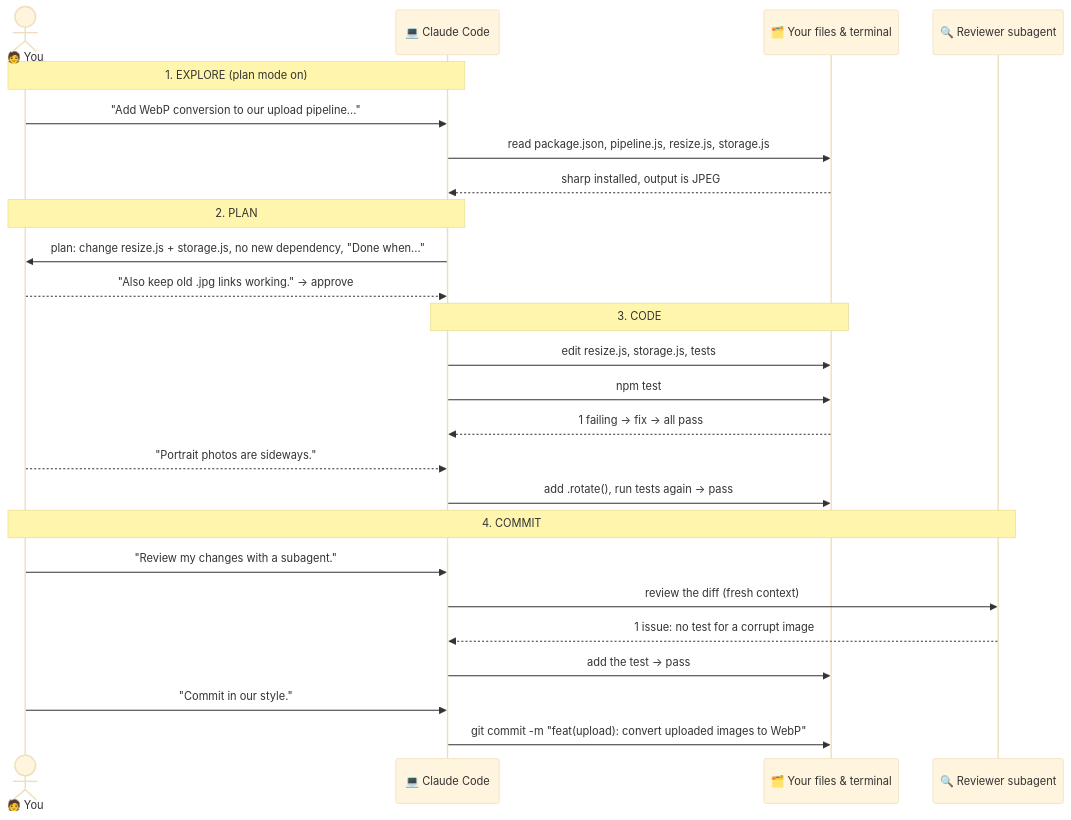
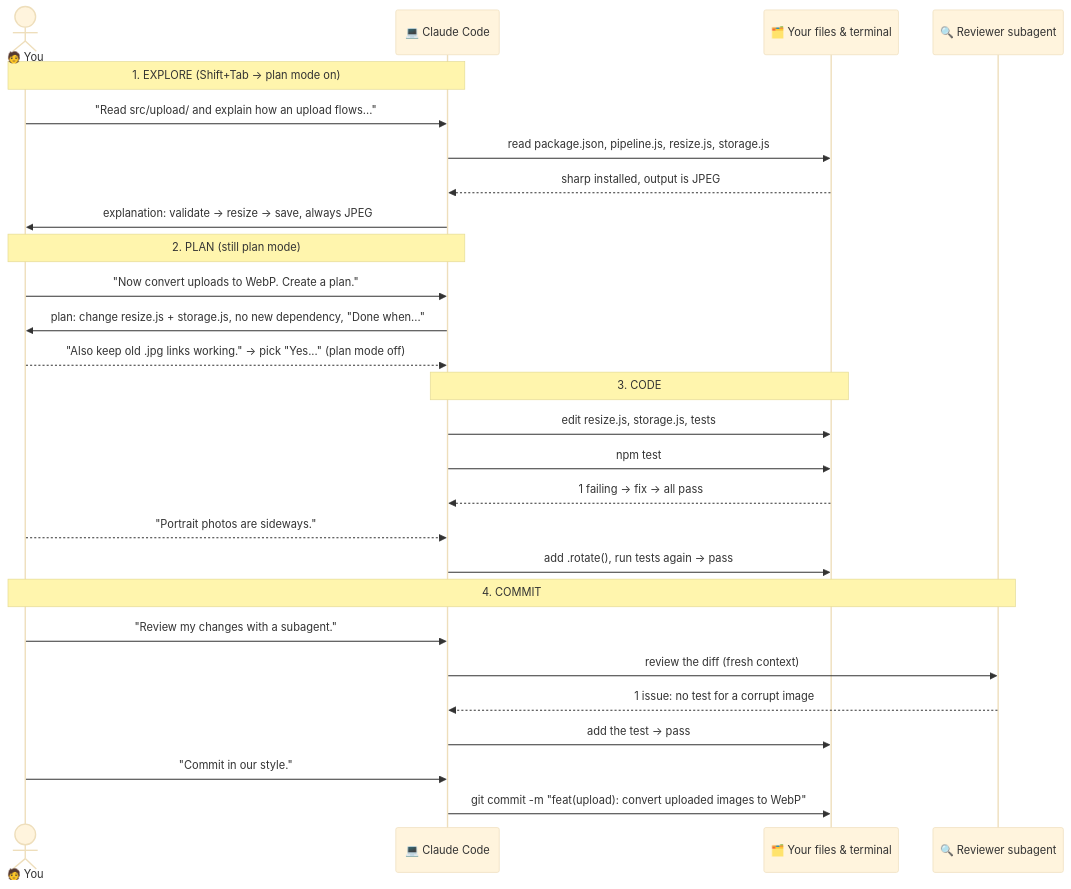
One commit to nirajp82/ClaudeArchitectProfessionalStudyGuide changed the third of 3 diagrams in 01_ClaudeCode101/05-explore-plan-code-commit.md. Above: the diagram before and after it, drawn with Mermaid (base theme). The commit also changed other lines of this file, not shown here.

````diff
--- a/01_ClaudeCode101/05-explore-plan-code-commit.md
+++ b/01_ClaudeCode101/05-explore-plan-code-commit.md
@@ -372,31 +508,33 @@
 ```mermaid
 sequenceDiagram
     actor You as 🧑 You
     participant CC as 💻 Claude Code
     participant PC as 🗂️ Your files & terminal
     participant SA as 🔍 Reviewer subagent
 
-    Note over You,CC: 1. EXPLORE (plan mode on)
-    You->>CC: "Add WebP conversion to our upload pipeline..."
+    Note over You,CC: 1. EXPLORE (Shift+Tab → plan mode on)
+    You->>CC: "Read src/upload/ and explain how an upload flows..."
     CC->>PC: read package.json, pipeline.js, resize.js, storage.js
     PC-->>CC: sharp installed, output is JPEG
+    CC->>You: explanation: validate → resize → save, always JPEG
 
-    Note over You,CC: 2. PLAN
+    Note over You,CC: 2. PLAN (still plan mode)
+    You->>CC: "Now convert uploads to WebP. Create a plan."
     CC->>You: plan: change resize.js + storage.js, no new dependency, "Done when..."
-    You-->>CC: "Also keep old .jpg links working." → approve
+    You-->>CC: "Also keep old .jpg links working." → pick "Yes..." (plan mode off)
 
     Note over CC,PC: 3. CODE
     CC->>PC: edit resize.js, storage.js, tests
     CC->>PC: npm test
     PC-->>CC: 1 failing → fix → all pass
     You-->>CC: "Portrait photos are sideways."
     CC->>PC: add .rotate(), run tests again → pass
 
     Note over You,SA: 4. COMMIT
     You->>CC: "Review my changes with a subagent."
     CC->>SA: review the diff (fresh context)
     SA-->>CC: 1 issue: no test for a corrupt image
     CC->>PC: add the test → pass
     You->>CC: "Commit in our style."
     CC->>PC: git commit -m "feat(upload): convert uploaded images to WebP"
 ```
````
